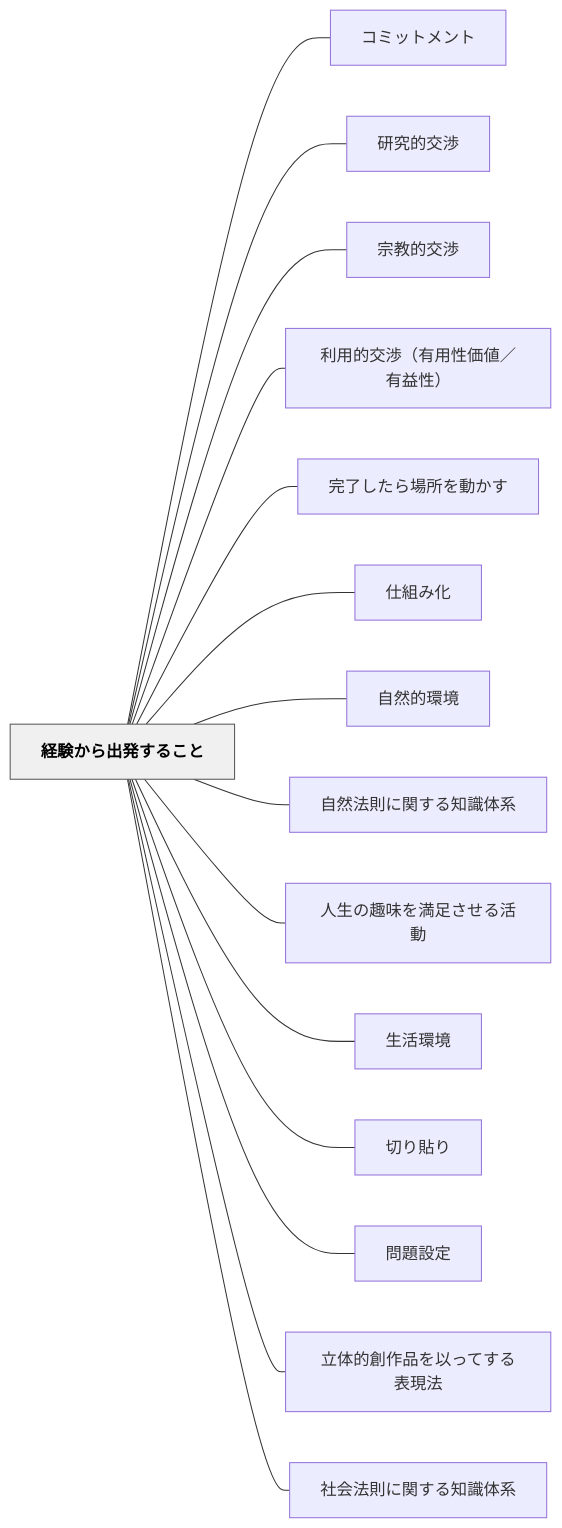
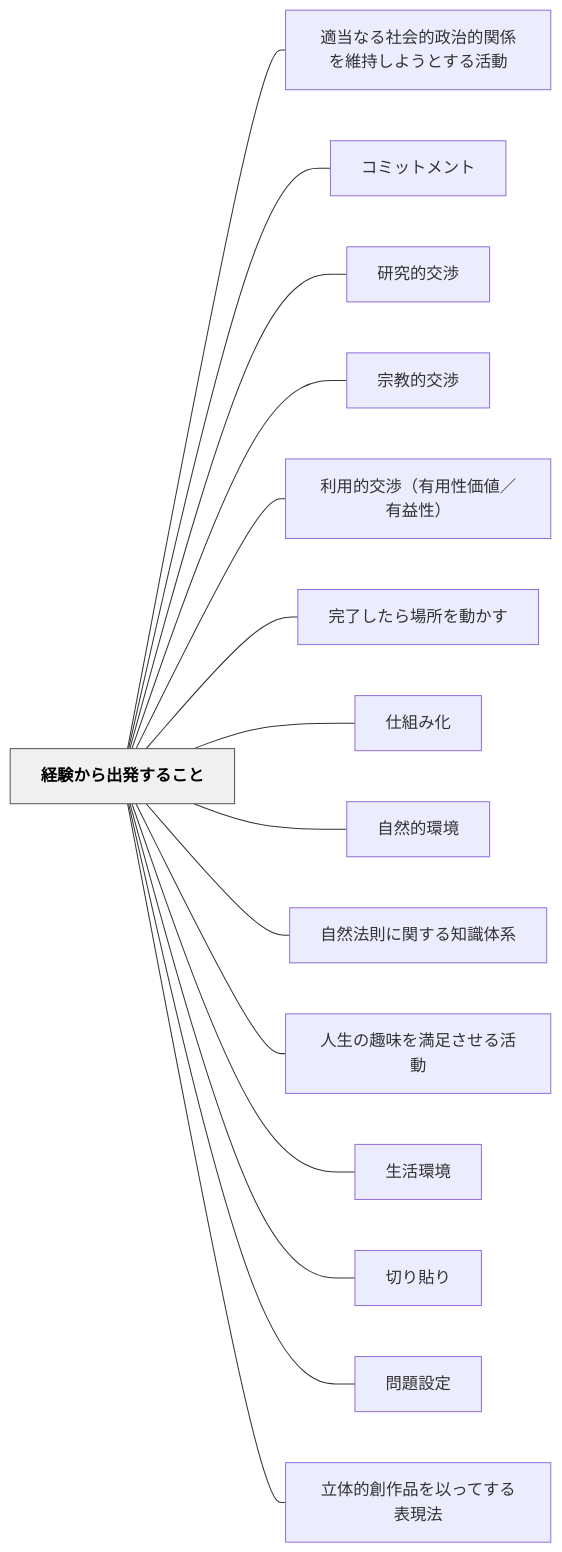
One commit to unknownthings-ed-patterns/unknownthings-ed-patterns changed the diagram in content/パタン/経験から出発すること.md. Above: the diagram before and after it, drawn with Mermaid. The commit also changed other lines of this file and 35 other files, not shown here.

````diff
--- a/content/パタン/経験から出発すること.md
+++ b/content/パタン/経験から出発すること.md
@@ -144,36 +145,36 @@
 ```mermaid
 flowchart LR
     ne7b58ce9a893e3818be38289e587bae799bae38199e3828be38193e381a8["経験から出発すること"]
+    ne981a9e5bd93e381aae3828be7a4bee4bc9ae79a84e694bfe6b2bbe79a84e996a2e4bf82e38292e7b6ade68c81e38197e38288e38186e381a8e38199e3828be6b4bbe58b95["適当なる社会的政治的関係を維持しようとする活動"]
     ne382b3e3839fe38383e38388e383a1e383b3e38388["コミットメント"]
     ne7a094e7a9b6e79a84e4baa4e6b889["研究的交渉"]
     ne5ae97e69599e79a84e4baa4e6b889["宗教的交渉"]
     ne588a9e794a8e79a84e4baa4e6b889efbc88e69c89e794a8e680a7e4bea1e580a4efbc8fe69c89e79b8ae680a7efbc89["利用的交渉（有用性価値／有益性）"]
     ne5ae8ce4ba86e38197e3819fe38289e5a0b4e68980e38292e58b95e3818be38199["完了したら場所を動かす"]
     ne4bb95e7b584e381bfe58c96["仕組み化"]
     ne887aae784b6e79a84e792b0e5a283["自然的環境"]
     ne887aae784b6e6b395e58987e381abe996a2e38199e3828be79fa5e8ad98e4bd93e7b3bb["自然法則に関する知識体系"]
     ne4babae7949fe381aee8b6a3e591b3e38292e6ba80e8b6b3e38195e3819be3828be6b4bbe58b95["人生の趣味を満足させる活動"]
     ne7949fe6b4bbe792b0e5a283["生活環境"]
     ne58887e3828ae8b2bce3828a["切り貼り"]
     ne5958fe9a18ce8a8ade5ae9a["問題設定"]
     ne7ab8be4bd93e79a84e589b5e4bd9ce59381e38292e4bba5e381a3e381a6e38199e3828be8a1a8e78fbee6b395["立体的創作品を以ってする表現法"]
-    ne7a4bee4bc9ae6b395e58987e381abe996a2e38199e3828be79fa5e8ad98e4bd93e7b3bb["社会法則に関する知識体系"]
 
+    ne7b58ce9a893e3818be38289e587bae799bae38199e3828be38193e381a8 --- ne981a9e5bd93e381aae3828be7a4bee4bc9ae79a84e694bfe6b2bbe79a84e996a2e4bf82e38292e7b6ade68c81e38197e38288e38186e381a8e38199e3828be6b4bbe58b95
     ne7b58ce9a893e3818be38289e587bae799bae38199e3828be38193e381a8 --- ne382b3e3839fe38383e38388e383a1e383b3e38388
     ne7b58ce9a893e3818be38289e587bae799bae38199e3828be38193e381a8 --- ne7a094e7a9b6e79a84e4baa4e6b889
     ne7b58ce9a893e3818be38289e587bae799bae38199e3828be38193e381a8 --- ne5ae97e69599e79a84e4baa4e6b889
     ne7b58ce9a893e3818be38289e587bae799bae38199e3828be38193e381a8 --- ne588a9e794a8e79a84e4baa4e6b889efbc88e69c89e794a8e680a7e4bea1e580a4efbc8fe69c89e79b8ae680a7efbc89
     ne7b58ce9a893e3818be38289e587bae799bae38199e3828be38193e381a8 --- ne5ae8ce4ba86e38197e3819fe38289e5a0b4e68980e38292e58b95e3818be38199
     ne7b58ce9a893e3818be38289e587bae799bae38199e3828be38193e381a8 --- ne4bb95e7b584e381bfe58c96
     ne7b58ce9a893e3818be38289e587bae799bae38199e3828be38193e381a8 --- ne887aae784b6e79a84e792b0e5a283
     ne7b58ce9a893e3818be38289e587bae799bae38199e3828be38193e381a8 --- ne887aae784b6e6b395e58987e381abe996a2e38199e3828be79fa5e8ad98e4bd93e7b3bb
     ne7b58ce9a893e3818be38289e587bae799bae38199e3828be38193e381a8 --- ne4babae7949fe381aee8b6a3e591b3e38292e6ba80e8b6b3e38195e3819be3828be6b4bbe58b95
     ne7b58ce9a893e3818be38289e587bae799bae38199e3828be38193e381a8 --- ne7949fe6b4bbe792b0e5a283
     ne7b58ce9a893e3818be38289e587bae799bae38199e3828be38193e381a8 --- ne58887e3828ae8b2bce3828a
     ne7b58ce9a893e3818be38289e587bae799bae38199e3828be38193e381a8 --- ne5958fe9a18ce8a8ade5ae9a
     ne7b58ce9a893e3818be38289e587bae799bae38199e3828be38193e381a8 --- ne7ab8be4bd93e79a84e589b5e4bd9ce59381e38292e4bba5e381a3e381a6e38199e3828be8a1a8e78fbee6b395
-    ne7b58ce9a893e3818be38289e587bae799bae38199e3828be38193e381a8 --- ne7a4bee4bc9ae6b395e58987e381abe996a2e38199e3828be79fa5e8ad98e4bd93e7b3bb
 
     classDef hub fill:#f0f0f0,stroke:#555,color:#000,font-weight:bold
     class ne7b58ce9a893e3818be38289e587bae799bae38199e3828be38193e381a8 hub
 ```
````
